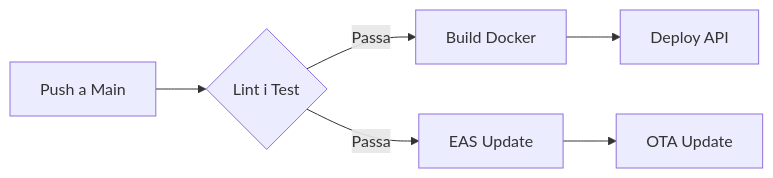
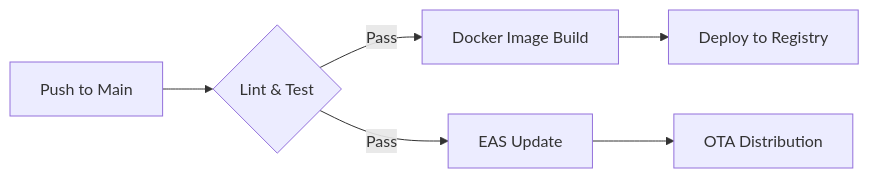
Before and after one commit to cdc-grup/app_lattice_project: the diagram in docs/guides/deployment.md, drawn with Mermaid. The commit also changed other lines of this file and 26 other files, not shown here.

Commit message:
feat: enhance map controls with POI and user centering functions; docs: overhaul and restructure architecture and guide documentation.

````diff
--- a/docs/guides/deployment.md
+++ b/docs/guides/deployment.md
@@ -56,8 +39,8 @@
 ```mermaid
 graph LR
-    A[Push a Main] --> B{Lint i Test}
-    B -- Passa --> C[Build Docker]
-    C --> D[Deploy API]
-    B -- Passa --> E[EAS Update]
-    E --> F[OTA Update]
+    A[Push to Main] --> B{Lint & Test}
+    B -- Pass --> C[Docker Image Build]
+    C --> D[Deploy to Registry]
+    B -- Pass --> E[EAS Update]
+    E --> F[OTA Distribution]
 ```
````
